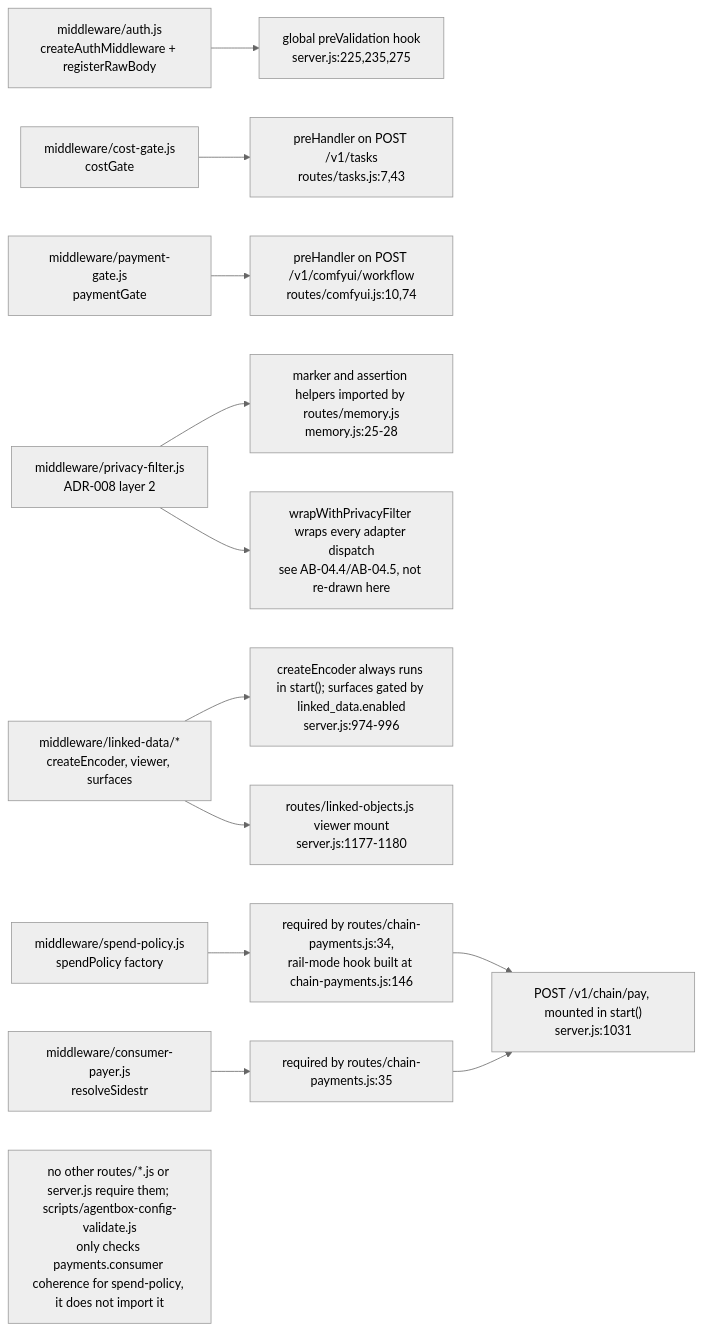
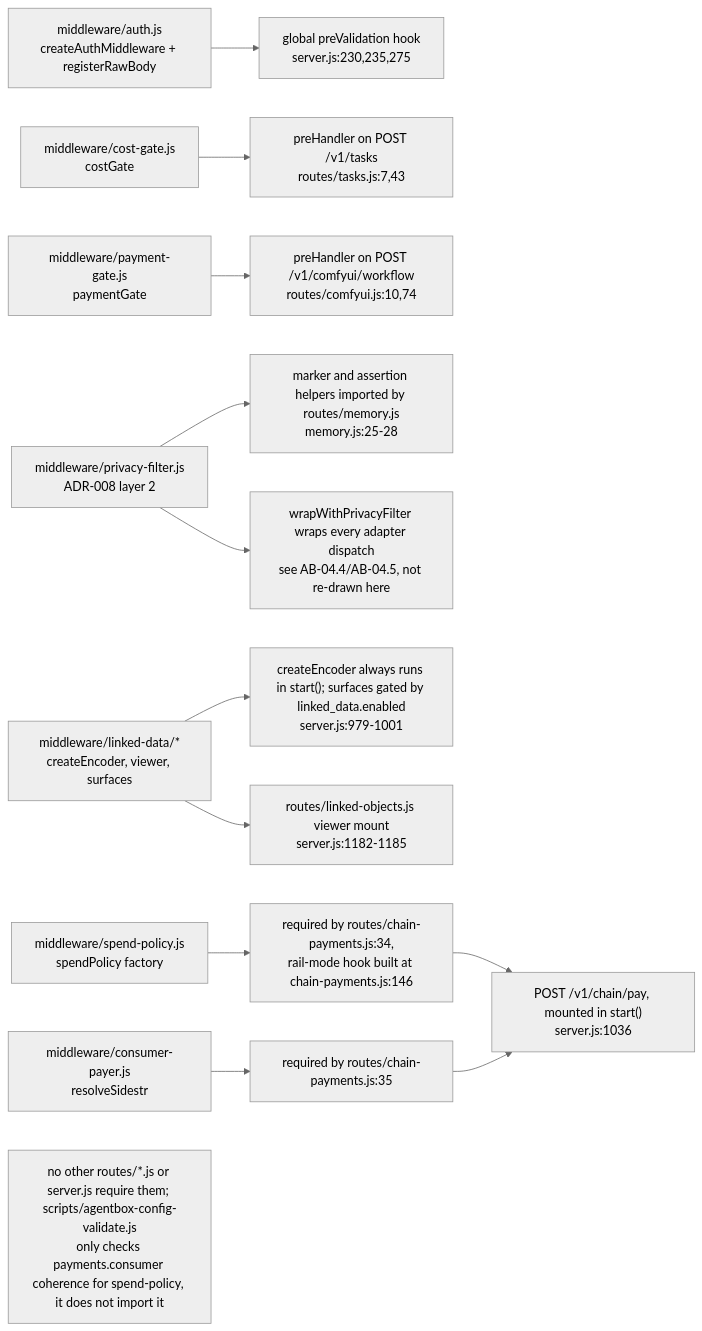
One commit to DreamLab-AI/VisionFlow changed diagram 16 of 19 in docs/diagrams/agentbox/03-management-api-request-lifecycle.md. Above: the diagram before and after it, drawn with Mermaid (neutral theme). The commit also changed other lines of this file and 18 other files, not shown here.

First line of the commit message:
docs(diagrams): freeze panels for fixed defects and add successors at the fix revisions

````diff
--- a/docs/diagrams/agentbox/03-management-api-request-lifecycle.md
+++ b/docs/diagrams/agentbox/03-management-api-request-lifecycle.md
@@ -669,15 +675,15 @@
 ```mermaid
 flowchart LR
-    A["middleware/auth.js<br/>createAuthMiddleware + registerRawBody"] --> A1["global preValidation hook<br/>server.js:225,235,275"]
+    A["middleware/auth.js<br/>createAuthMiddleware + registerRawBody"] --> A1["global preValidation hook<br/>server.js:230,235,275"]
     B["middleware/cost-gate.js<br/>costGate"] --> B1["preHandler on POST /v1/tasks<br/>routes/tasks.js:7,43"]
     C["middleware/payment-gate.js<br/>paymentGate"] --> C1["preHandler on POST /v1/comfyui/workflow<br/>routes/comfyui.js:10,74"]
     D["middleware/privacy-filter.js<br/>ADR-008 layer 2"] --> D1["marker and assertion helpers imported by routes/memory.js<br/>memory.js:25-28"]
     D --> D2["wrapWithPrivacyFilter wraps every adapter dispatch<br/>see AB-04.4/AB-04.5, not re-drawn here"]
-    E["middleware/linked-data/*<br/>createEncoder, viewer, surfaces"] --> E1["createEncoder always runs in start(); surfaces gated by linked_data.enabled<br/>server.js:974-996"]
-    E --> E2["routes/linked-objects.js viewer mount<br/>server.js:1177-1180"]
+    E["middleware/linked-data/*<br/>createEncoder, viewer, surfaces"] --> E1["createEncoder always runs in start(); surfaces gated by linked_data.enabled<br/>server.js:979-1001"]
+    E --> E2["routes/linked-objects.js viewer mount<br/>server.js:1182-1185"]
     F["middleware/spend-policy.js<br/>spendPolicy factory"] --> F1["required by routes/chain-payments.js:34,<br/>rail-mode hook built at chain-payments.js:146"]
     G["middleware/consumer-payer.js<br/>resolveSidestr"] --> G1["required by routes/chain-payments.js:35"]
-    F1 --> R["POST /v1/chain/pay, mounted in start()<br/>server.js:1031"]
+    F1 --> R["POST /v1/chain/pay, mounted in start()<br/>server.js:1036"]
     G1 --> R
     Note1["no other routes/*.js or server.js require them; scripts/agentbox-config-validate.js<br/>only checks payments.consumer coherence for spend-policy, it does not import it"]
 ```
````
